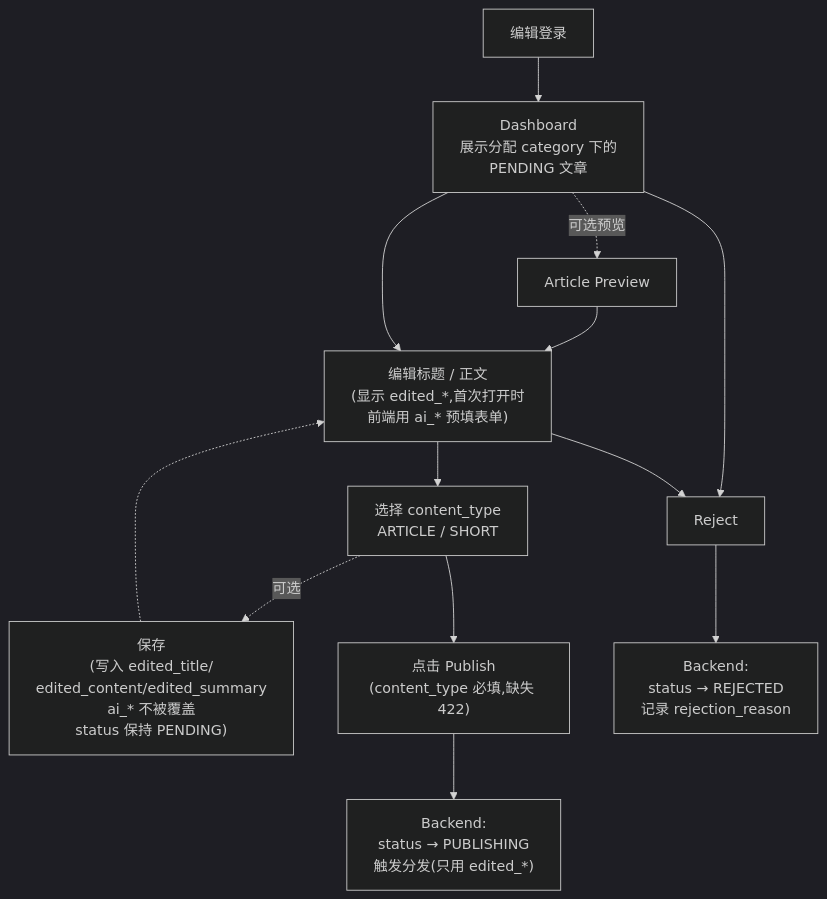
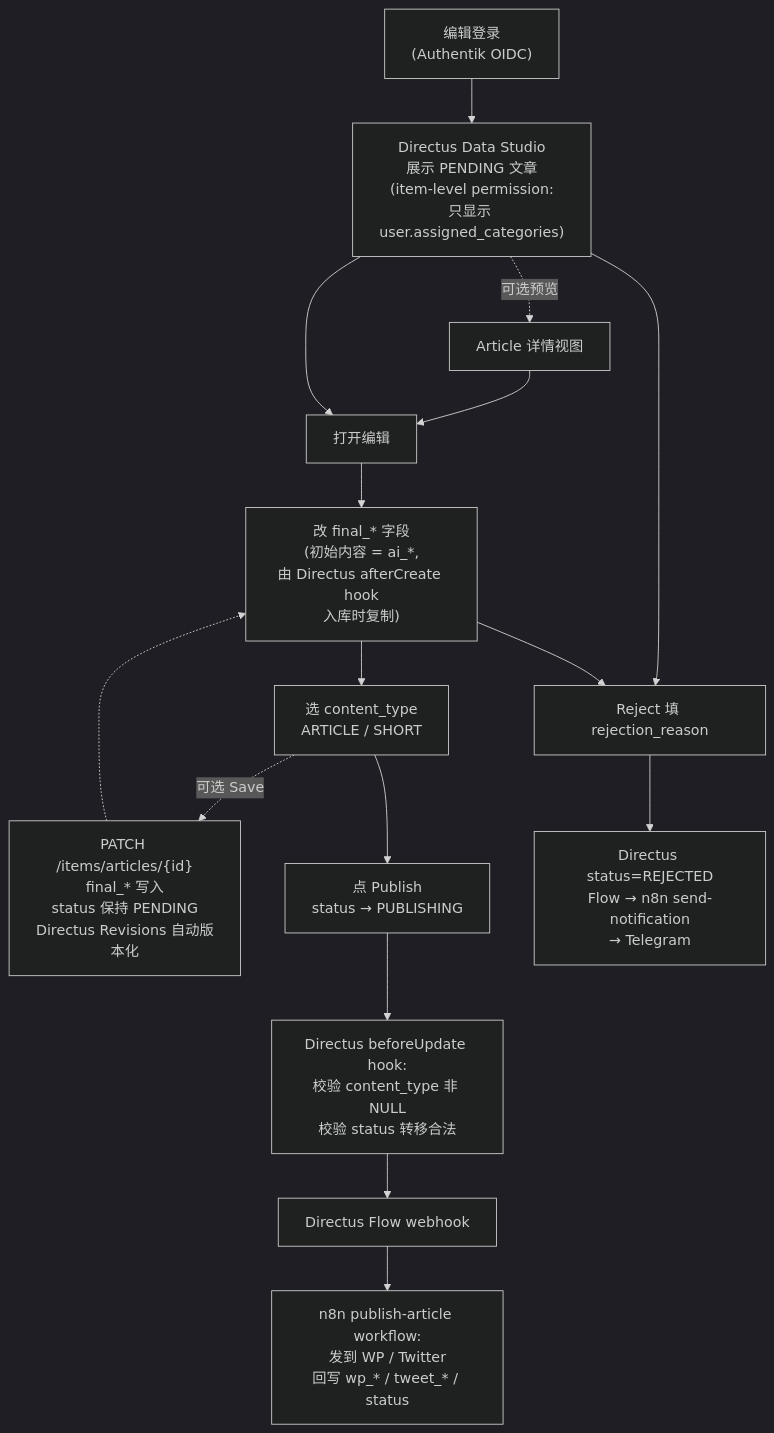
Before and after one commit to Guitang0414/Tiffany-Z-Intern-2026: the second of 6 diagrams in docs/hld.md, drawn with Mermaid (dark theme). The commit also changed other lines of this file, not shown here.

First line of the commit message:
docs(hld): update Editor Interaction Flow + Article Editing Page for Directus

````diff
--- a/docs/hld.md
+++ b/docs/hld.md
@@ -327,16 +327,19 @@
 ```mermaid
 flowchart TD
-    Login[编辑登录] --> Dashboard["Dashboard<br/>展示分配 category 下的<br/>PENDING 文章"]
-    Dashboard -.->|可选预览| Preview[Article Preview]
-    Preview --> Edit["编辑标题 / 正文<br/>(显示 edited_*,首次打开时<br/>前端用 ai_* 预填表单)"]
-    Dashboard --> Edit
-    Edit --> SelectType[选择 content_type<br/>ARTICLE / SHORT]
-    SelectType -.->|可选| Save["保存<br/>(写入 edited_title/<br/>edited_content/edited_summary<br/>ai_* 不被覆盖<br/>status 保持 PENDING)"]
-    Save -.-> Edit
-    SelectType --> Publish["点击 Publish<br/>(content_type 必填,缺失 422)"]
-    Publish --> Backend["Backend:<br/>status → PUBLISHING<br/>触发分发(只用 edited_*)"]
+    Login["编辑登录<br/>(Authentik OIDC)"] --> Studio["Directus Data Studio<br/>展示 PENDING 文章<br/>(item-level permission:<br/>只显示 user.assigned_categories)"]
+    Studio -.->|可选预览| Preview[Article 详情视图]
+    Preview --> Edit[打开编辑]
+    Studio --> Edit
+    Edit --> Modify["改 final_* 字段<br/>(初始内容 = ai_*,<br/>由 Directus afterCreate hook<br/>入库时复制)"]
+    Modify --> SelectType[选 content_type<br/>ARTICLE / SHORT]
+    SelectType -.->|可选 Save| SaveOp["PATCH /items/articles/{id}<br/>final_* 写入<br/>status 保持 PENDING<br/>Directus Revisions 自动版本化"]
+    SaveOp -.-> Modify
+    SelectType --> Publish[点 Publish<br/>status → PUBLISHING]
+    Publish --> Hook["Directus beforeUpdate hook:<br/>校验 content_type 非 NULL<br/>校验 status 转移合法"]
+    Hook --> Flow["Directus Flow webhook"]
+    Flow --> N8N["n8n publish-article workflow:<br/>发到 WP / Twitter<br/>回写 wp_* / tweet_* / status"]
 
-    Dashboard --> Reject[Reject]
-    Edit --> Reject
-    Reject --> BackendReject["Backend:<br/>status → REJECTED<br/>记录 rejection_reason"]
+    Studio --> Reject[Reject 填 rejection_reason]
+    Modify --> Reject
+    Reject --> RejectFlow["Directus status=REJECTED<br/>Flow → n8n send-notification<br/>→ Telegram"]
 ```
````
